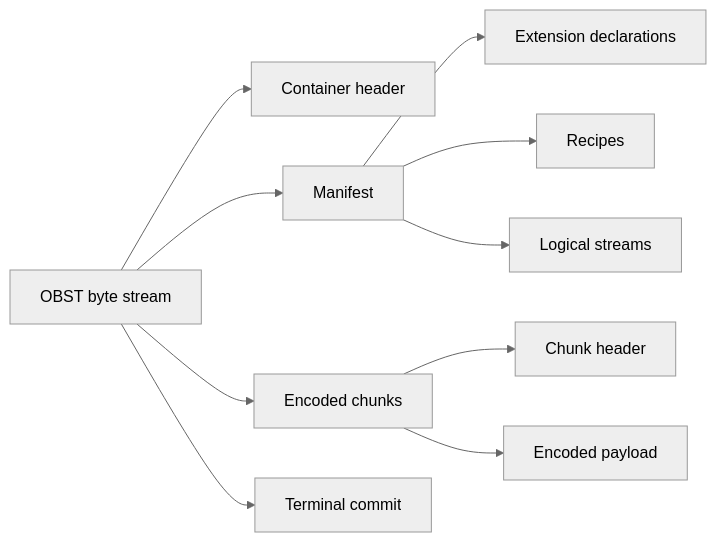
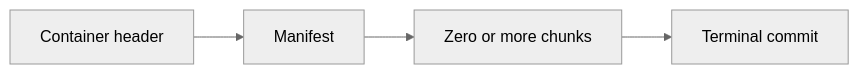
The first of 4 diagrams in docs/anatomy.md (SmolBlackHole/Obst), drawn with Mermaid (neutral theme) before and after one commit. The commit also changed other lines of this file and 73 other files, not shown here.

````diff
--- a/docs/anatomy.md
+++ b/docs/anatomy.md
@@ -59,12 +52,6 @@
 ```mermaid
 flowchart LR
-    Container["OBST byte stream"] --> Header["Container header"]
-    Container --> Manifest["Manifest"]
-    Container --> Chunks["Encoded chunks"]
-    Container --> Commit["Terminal commit"]
-    Manifest --> Extensions["Extension declarations"]
-    Manifest --> Recipes["Recipes"]
-    Manifest --> Streams["Logical streams"]
-    Chunks --> ChunkHeader["Chunk header"]
-    Chunks --> Payload["Encoded payload"]
+    Header["Container header"] --> Manifest["Manifest"]
+    Manifest --> Chunks["Zero or more chunks"]
+    Chunks --> Commit["Terminal commit"]
 ```
````
